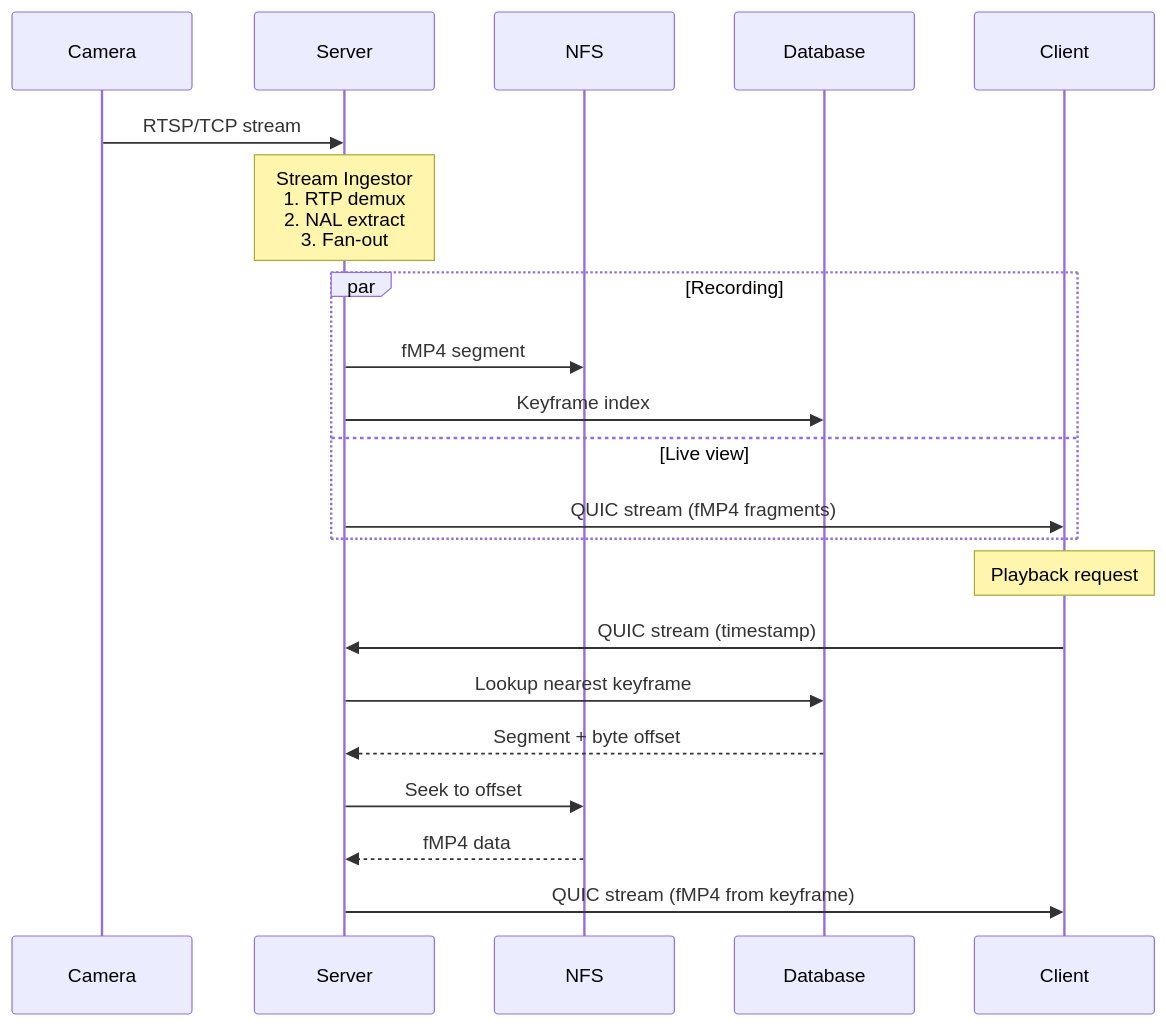
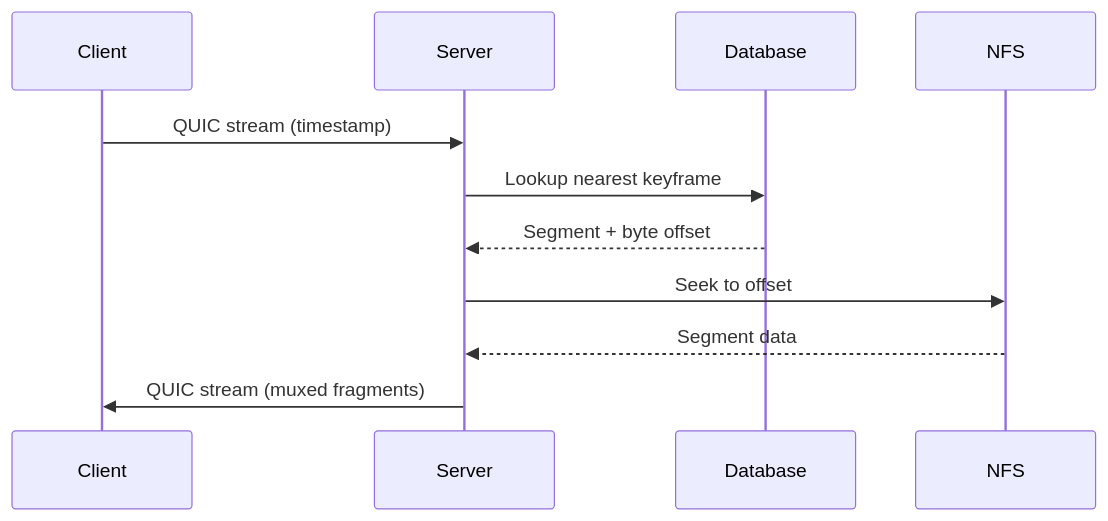
Before and after one commit to SytheZN/simple-vms: the third of 3 diagrams in docs/architecture.md, drawn with Mermaid. The commit also changed other lines of this file and 2 other files, not shown here.

First line of the commit message:
docs: generalize architecture to typed stream pipeline model

````diff
--- a/docs/architecture.md
+++ b/docs/architecture.md
@@ -78,28 +103,14 @@
 ```mermaid
 sequenceDiagram
-    participant Camera
+    participant Client
     participant Server
+    participant Database
     participant NFS
-    participant Database
-    participant Client
-
-    Camera->>Server: RTSP/TCP stream
-
-    Note over Server: Stream Ingestor<br/>1. RTP demux<br/>2. NAL extract<br/>3. Fan-out
-
-    par Recording
-        Server->>NFS: fMP4 segment
-        Server->>Database: Keyframe index
-    and Live view
-        Server->>Client: QUIC stream (fMP4 fragments)
-    end
-
-    Note over Client: Playback request
 
     Client->>Server: QUIC stream (timestamp)
     Server->>Database: Lookup nearest keyframe
     Database-->>Server: Segment + byte offset
     Server->>NFS: Seek to offset
-    NFS-->>Server: fMP4 data
-    Server->>Client: QUIC stream (fMP4 from keyframe)
+    NFS-->>Server: Segment data
+    Server->>Client: QUIC stream (muxed fragments)
 ```
````
